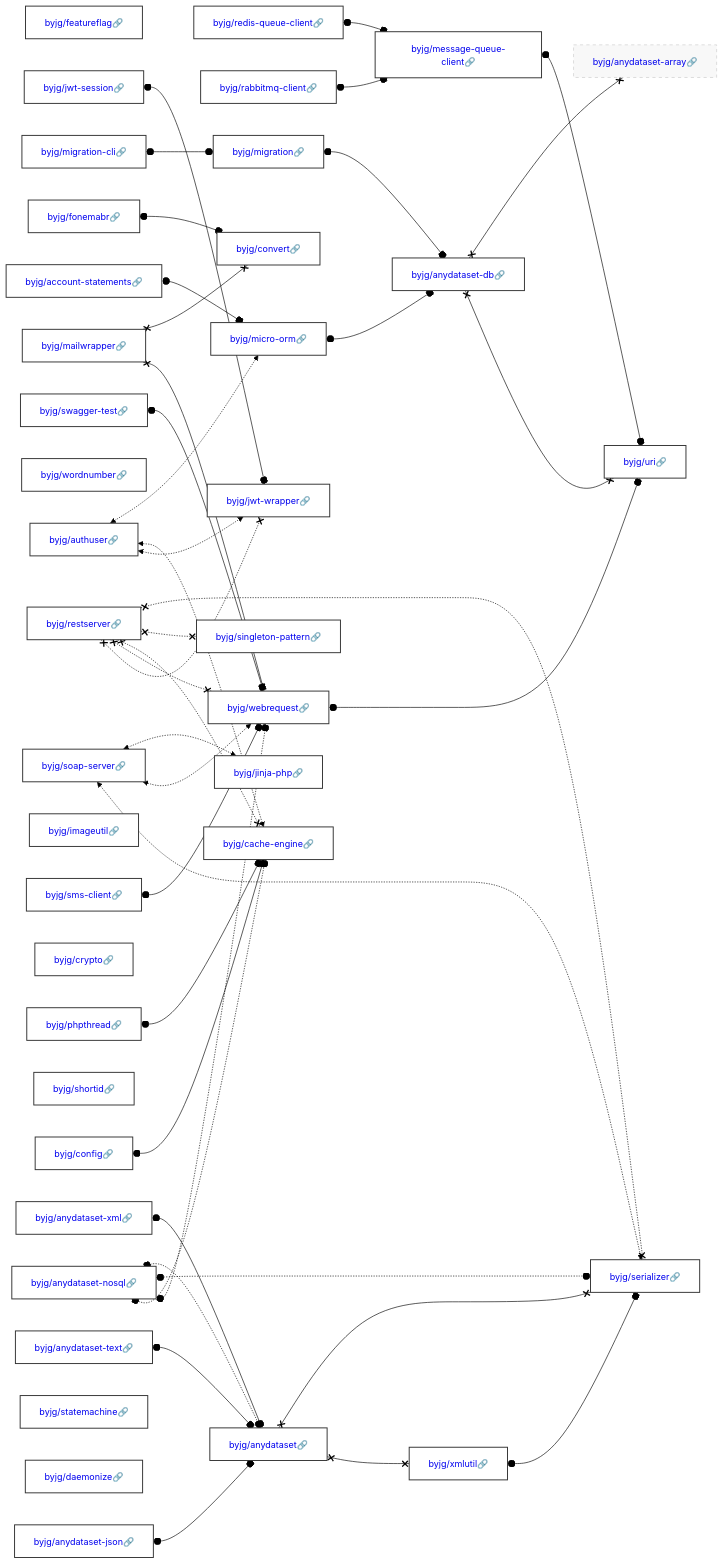
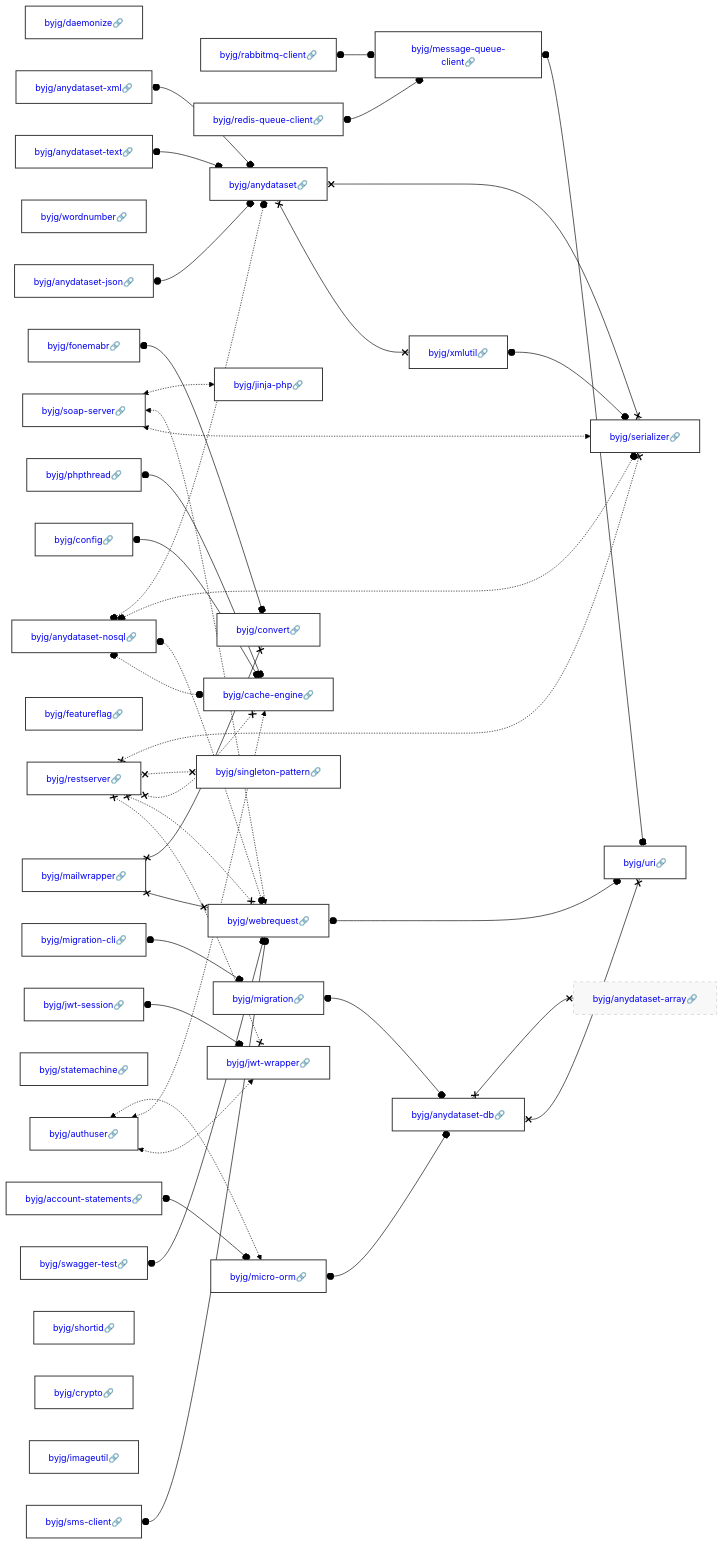
Before and after one commit to byjg/byjg.github.io: the diagram in docs/php/README.md, drawn with Mermaid (forest theme). The commit also changed other lines of this file and 1 other file, not shown here.

Commit message:
Update documentation 'php' 'php-phpthread'

````diff
--- a/docs/php/README.md
+++ b/docs/php/README.md
@@ -3,45 +3,45 @@
 ```mermaid
 graph LR;
+  byjg/daemonize[<a href='https://opensource.byjg.com/docs/php/daemonize' style='text-decoration:none'>byjg/daemonize🔗</a>];
+  byjg/config[<a href='https://opensource.byjg.com/docs/php/config' style='text-decoration:none'>byjg/config🔗</a>];
+  byjg/anydataset-text[<a href='https://opensource.byjg.com/docs/php/anydataset-text' style='text-decoration:none'>byjg/anydataset-text🔗</a>];
+  byjg/wordnumber[<a href='https://opensource.byjg.com/docs/php/wordnumber' style='text-decoration:none'>byjg/wordnumber🔗</a>];
+  byjg/rabbitmq-client[<a href='https://opensource.byjg.com/docs/php/rabbitmq-client' style='text-decoration:none'>byjg/rabbitmq-client🔗</a>];
+  byjg/migration-cli[<a href='https://opensource.byjg.com/docs/php/migration-cli' style='text-decoration:none'>byjg/migration-cli🔗</a>];
+  byjg/soap-server[<a href='https://opensource.byjg.com/docs/php/soap-server' style='text-decoration:none'>byjg/soap-server🔗</a>];
+  byjg/phpthread[<a href='https://opensource.byjg.com/docs/php/phpthread' style='text-decoration:none'>byjg/phpthread🔗</a>];
+  byjg/account-statements[<a href='https://opensource.byjg.com/docs/php/account-statements' style='text-decoration:none'>byjg/account-statements🔗</a>];
+  byjg/fonemabr[<a href='https://opensource.byjg.com/docs/php/fonemabr' style='text-decoration:none'>byjg/fonemabr🔗</a>];
+  byjg/mailwrapper[<a href='https://opensource.byjg.com/docs/php/mailwrapper' style='text-decoration:none'>byjg/mailwrapper🔗</a>];
+  byjg/redis-queue-client[<a href='https://opensource.byjg.com/docs/php/redis-queue-client' style='text-decoration:none'>byjg/redis-queue-client🔗</a>];
   byjg/featureflag[<a href='https://opensource.byjg.com/docs/php/featureflag' style='text-decoration:none'>byjg/featureflag🔗</a>];
+  byjg/restserver[<a href='https://opensource.byjg.com/docs/php/restserver' style='text-decoration:none'>byjg/restserver🔗</a>];
+  byjg/sms-client[<a href='https://opensource.byjg.com/docs/php/sms-client' style='text-decoration:none'>byjg/sms-client🔗</a>];
+  byjg/anydataset-json[<a href='https://opensource.byjg.com/docs/php/anydataset-json' style='text-decoration:none'>byjg/anydataset-json🔗</a>];
+  byjg/authuser[<a href='https://opensource.byjg.com/docs/php/authuser' style='text-decoration:none'>byjg/authuser🔗</a>];
+  byjg/statemachine[<a href='https://opensource.byjg.com/docs/php/statemachine' style='text-decoration:none'>byjg/statemachine🔗</a>];
+  byjg/anydataset-nosql[<a href='https://opensource.byjg.com/docs/php/anydataset-nosql' style='text-decoration:none'>byjg/anydataset-nosql🔗</a>];
   byjg/swagger-test[<a href='https://opensource.byjg.com/docs/php/swagger-test' style='text-decoration:none'>byjg/swagger-test🔗</a>];
-  byjg/sms-client[<a href='https://opensource.byjg.com/docs/php/sms-client' style='text-decoration:none'>byjg/sms-client🔗</a>];
   byjg/jwt-session[<a href='https://opensource.byjg.com/docs/php/jwt-session' style='text-decoration:none'>byjg/jwt-session🔗</a>];
-  byjg/restserver[<a href='https://opensource.byjg.com/docs/php/restserver' style='text-decoration:none'>byjg/restserver🔗</a>];
-  byjg/authuser[<a href='https://opensource.byjg.com/docs/php/authuser' style='text-decoration:none'>byjg/authuser🔗</a>];
-  byjg/migration-cli[<a href='https://opensource.byjg.com/docs/php/migration-cli' style='text-decoration:none'>byjg/migration-cli🔗</a>];
-  byjg/wordnumber[<a href='https://opensource.byjg.com/docs/php/wordnumber' style='text-decoration:none'>byjg/wordnumber🔗</a>];
-  byjg/fonemabr[<a href='https://opensource.byjg.com/docs/php/fonemabr' style='text-decoration:none'>byjg/fonemabr🔗</a>];
-  byjg/soap-server[<a href='https://opensource.byjg.com/docs/php/soap-server' style='text-decoration:none'>byjg/soap-server🔗</a>];
-  byjg/redis-queue-client[<a href='https://opensource.byjg.com/docs/php/redis-queue-client' style='text-decoration:none'>byjg/redis-queue-client🔗</a>];
+  byjg/shortid[<a href='https://opensource.byjg.com/docs/php/shortid' style='text-decoration:none'>byjg/shortid🔗</a>];
+  byjg/crypto[<a href='https://opensource.byjg.com/docs/php/crypto' style='text-decoration:none'>byjg/crypto🔗</a>];
+  byjg/imageutil[<a href='https://opensource.byjg.com/docs/php/imageutil' style='text-decoration:none'>byjg/imageutil🔗</a>];
   byjg/anydataset-xml[<a href='https://opensource.byjg.com/docs/php/anydataset-xml' style='text-decoration:none'>byjg/anydataset-xml🔗</a>];
-  byjg/imageutil[<a href='https://opensource.byjg.com/docs/php/imageutil' style='text-decoration:none'>byjg/imageutil🔗</a>];
-  byjg/rabbitmq-client[<a href='https://opensource.byjg.com/docs/php/rabbitmq-client' style='text-decoration:none'>byjg/rabbitmq-client🔗</a>];
-  byjg/phpthread[<a href='https://opensource.byjg.com/docs/php/phpthread' style='text-decoration:none'>byjg/phpthread🔗</a>];
-  byjg/crypto[<a href='https://opensource.byjg.com/docs/php/crypto' style='text-decoration:none'>byjg/crypto🔗</a>];
-  byjg/config[<a href='https://opensource.byjg.com/docs/php/config' style='text-decoration:none'>byjg/config🔗</a>];
-  byjg/shortid[<a href='https://opensource.byjg.com/docs/php/shortid' style='text-decoration:none'>byjg/shortid🔗</a>];
-  byjg/mailwrapper[<a href='https://opensource.byjg.com/docs/php/mailwrapper' style='text-decoration:none'>byjg/mailwrapper🔗</a>];
-  byjg/anydataset-json[<a href='https://opensource.byjg.com/docs/php/anydataset-json' style='text-decoration:none'>byjg/anydataset-json🔗</a>];
-  byjg/anydataset-text[<a href='https://opensource.byjg.com/docs/php/anydataset-text' style='text-decoration:none'>byjg/anydataset-text🔗</a>];
-  byjg/anydataset-nosql[<a href='https://opensource.byjg.com/docs/php/anydataset-nosql' style='text-decoration:none'>byjg/anydataset-nosql🔗</a>];
-  byjg/statemachine[<a href='https://opensource.byjg.com/docs/php/statemachine' style='text-decoration:none'>byjg/statemachine🔗</a>];
-  byjg/daemonize[<a href='https://opensource.byjg.com/docs/php/daemonize' style='text-decoration:none'>byjg/daemonize🔗</a>];
-  byjg/account-statements[<a href='https://opensource.byjg.com/docs/php/account-statements' style='text-decoration:none'>byjg/account-statements🔗</a>];
-  byjg/singleton-pattern[<a href='https://opensource.byjg.com/docs/php/singleton-pattern' style='text-decoration:none'>byjg/singleton-pattern🔗</a>];
-  byjg/jwt-wrapper[<a href='https://opensource.byjg.com/docs/php/jwt-wrapper' style='text-decoration:none'>byjg/jwt-wrapper🔗</a>];
   byjg/migration[<a href='https://opensource.byjg.com/docs/php/migration' style='text-decoration:none'>byjg/migration🔗</a>];
   byjg/jinja-php[<a href='https://opensource.byjg.com/docs/php/jinja-php' style='text-decoration:none'>byjg/jinja-php🔗</a>];
+  byjg/convert[<a href='https://opensource.byjg.com/docs/php/convert' style='text-decoration:none'>byjg/convert🔗</a>];
   byjg/message-queue-client[<a href='https://opensource.byjg.com/docs/php/message-queue-client' style='text-decoration:none'>byjg/message-queue-client🔗</a>];
-  byjg/convert[<a href='https://opensource.byjg.com/docs/php/convert' style='text-decoration:none'>byjg/convert🔗</a>];
+  byjg/singleton-pattern[<a href='https://opensource.byjg.com/docs/php/singleton-pattern' style='text-decoration:none'>byjg/singleton-pattern🔗</a>];
+  byjg/micro-orm[<a href='https://opensource.byjg.com/docs/php/micro-orm' style='text-decoration:none'>byjg/micro-orm🔗</a>];
+  byjg/cache-engine[<a href='https://opensource.byjg.com/docs/php/cache-engine' style='text-decoration:none'>byjg/cache-engine🔗</a>];
+  byjg/webrequest[<a href='https://opensource.byjg.com/docs/php/webrequest' style='text-decoration:none'>byjg/webrequest🔗</a>];
+  byjg/jwt-wrapper[<a href='https://opensource.byjg.com/docs/php/jwt-wrapper' style='text-decoration:none'>byjg/jwt-wrapper🔗</a>];
   byjg/anydataset[<a href='https://opensource.byjg.com/docs/php/anydataset' style='text-decoration:none'>byjg/anydataset🔗</a>];
-  byjg/webrequest[<a href='https://opensource.byjg.com/docs/php/webrequest' style='text-decoration:none'>byjg/webrequest🔗</a>];
-  byjg/cache-engine[<a href='https://opensource.byjg.com/docs/php/cache-engine' style='text-decoration:none'>byjg/cache-engine🔗</a>];
-  byjg/micro-orm[<a href='https://opensource.byjg.com/docs/php/micro-orm' style='text-decoration:none'>byjg/micro-orm🔗</a>];
+  byjg/anydataset-db[<a href='https://opensource.byjg.com/docs/php/anydataset-db' style='text-decoration:none'>byjg/anydataset-db🔗</a>];
   byjg/xmlutil[<a href='https://opensource.byjg.com/docs/php/xmlutil' style='text-decoration:none'>byjg/xmlutil🔗</a>];
-  byjg/anydataset-db[<a href='https://opensource.byjg.com/docs/php/anydataset-db' style='text-decoration:none'>byjg/anydataset-db🔗</a>];
-  byjg/serializer[<a href='https://opensource.byjg.com/docs/php/serializer' style='text-decoration:none'>byjg/serializer🔗</a>];
   byjg/anydataset-array[<a href='https://opensource.byjg.com/docs/php/anydataset-array' style='text-decoration:none'>byjg/anydataset-array🔗</a>];
   byjg/uri[<a href='https://opensource.byjg.com/docs/php/uri' style='text-decoration:none'>byjg/uri🔗</a>];
+  byjg/serializer[<a href='https://opensource.byjg.com/docs/php/serializer' style='text-decoration:none'>byjg/serializer🔗</a>];
   byjg/xmlutil o--o byjg/serializer;
   byjg/rabbitmq-client o--o byjg/message-queue-client;
   byjg/anydataset x--x byjg/serializer;
````
